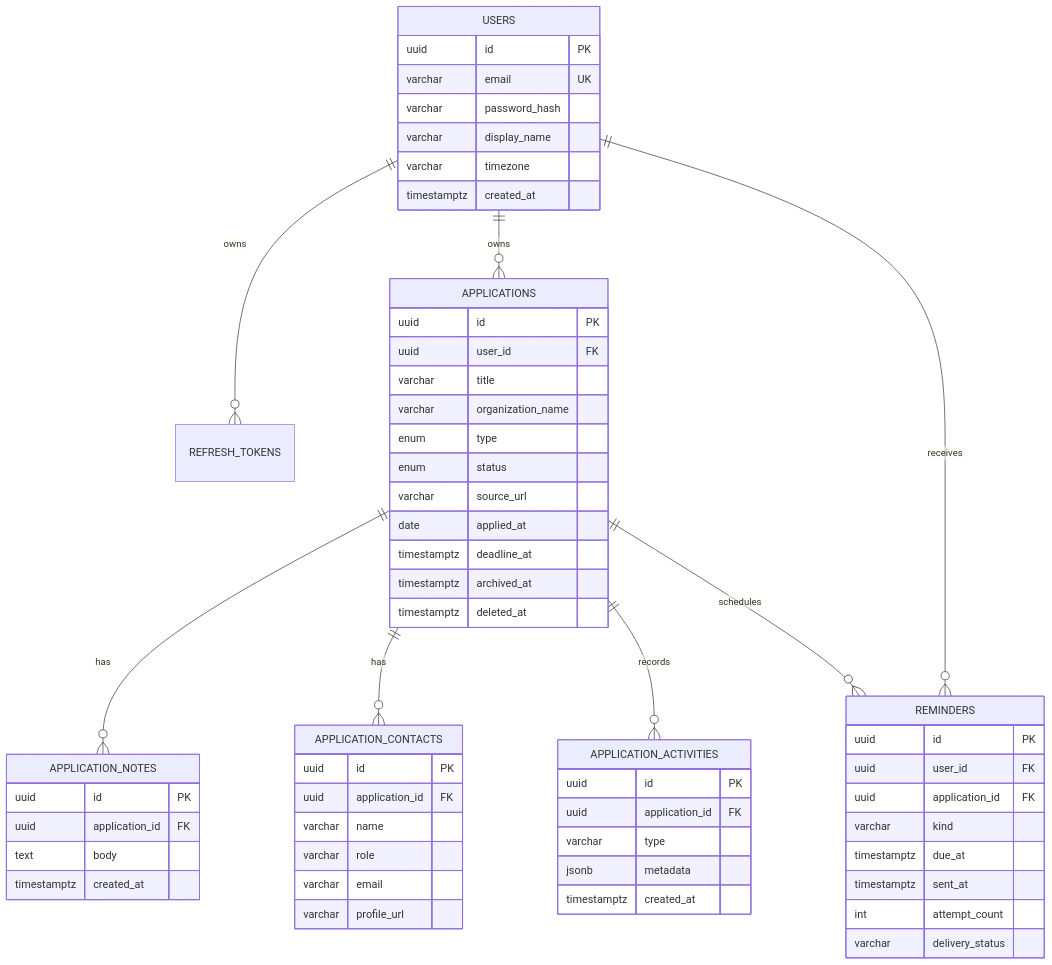
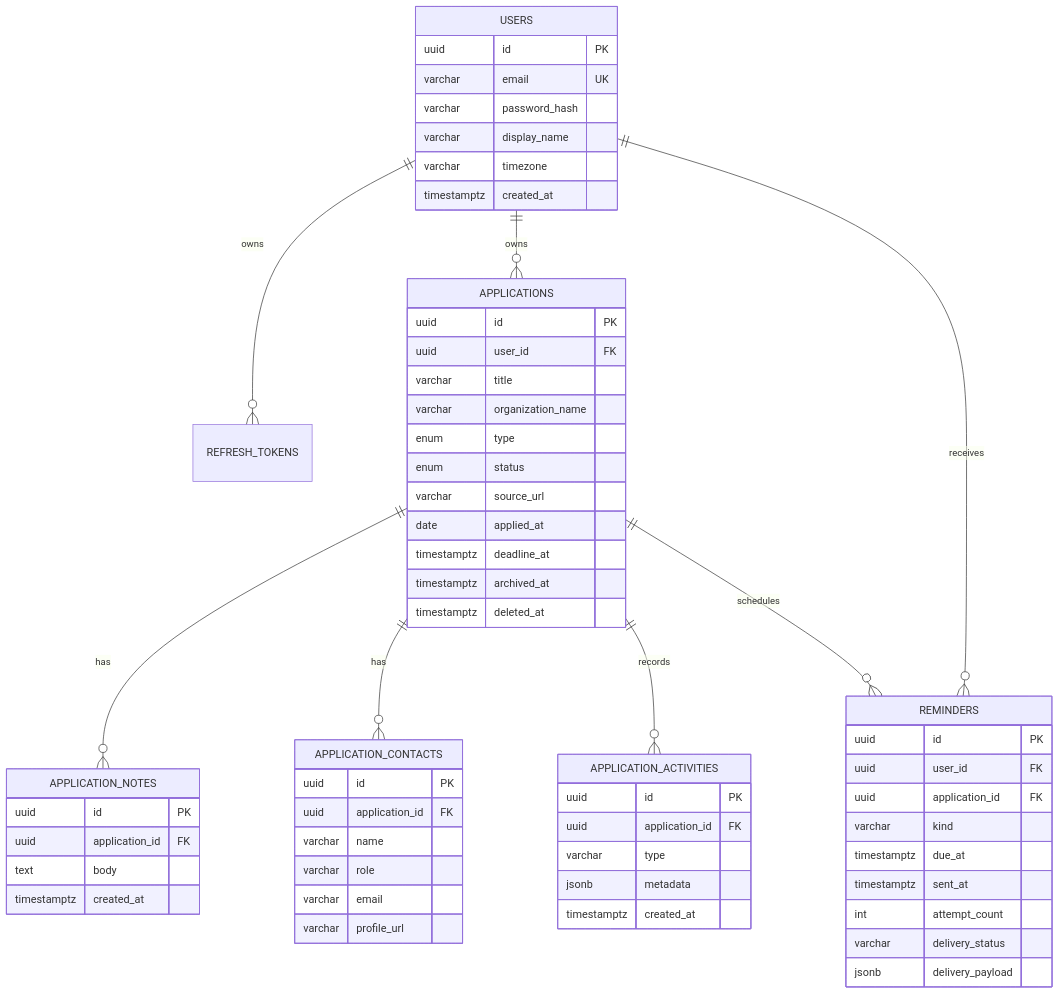
The diagram in docs/DATA_MODEL.md (morrispes5/sei-job-tracker), drawn with Mermaid before and after one commit. The commit also changed other lines of this file and 28 other files, not shown here.

````diff
--- a/docs/DATA_MODEL.md
+++ b/docs/DATA_MODEL.md
@@ -5,63 +5,64 @@
 ```mermaid
 erDiagram
   USERS ||--o{ REFRESH_TOKENS : owns
   USERS ||--o{ APPLICATIONS : owns
   USERS ||--o{ REMINDERS : receives
   APPLICATIONS ||--o{ APPLICATION_NOTES : has
   APPLICATIONS ||--o{ APPLICATION_CONTACTS : has
   APPLICATIONS ||--o{ APPLICATION_ACTIVITIES : records
   APPLICATIONS ||--o{ REMINDERS : schedules
 
   USERS {
     uuid id PK
     varchar email UK
     varchar password_hash
     varchar display_name
     varchar timezone
     timestamptz created_at
   }
   APPLICATIONS {
     uuid id PK
     uuid user_id FK
     varchar title
     varchar organization_name
     enum type
     enum status
     varchar source_url
     date applied_at
     timestamptz deadline_at
     timestamptz archived_at
     timestamptz deleted_at
   }
   APPLICATION_NOTES {
     uuid id PK
     uuid application_id FK
     text body
     timestamptz created_at
   }
   APPLICATION_CONTACTS {
     uuid id PK
     uuid application_id FK
     varchar name
     varchar role
     varchar email
     varchar profile_url
   }
   APPLICATION_ACTIVITIES {
     uuid id PK
     uuid application_id FK
     varchar type
     jsonb metadata
     timestamptz created_at
   }
   REMINDERS {
     uuid id PK
     uuid user_id FK
     uuid application_id FK
     varchar kind
     timestamptz due_at
     timestamptz sent_at
     int attempt_count
     varchar delivery_status
+    jsonb delivery_payload
   }
 ```
````
